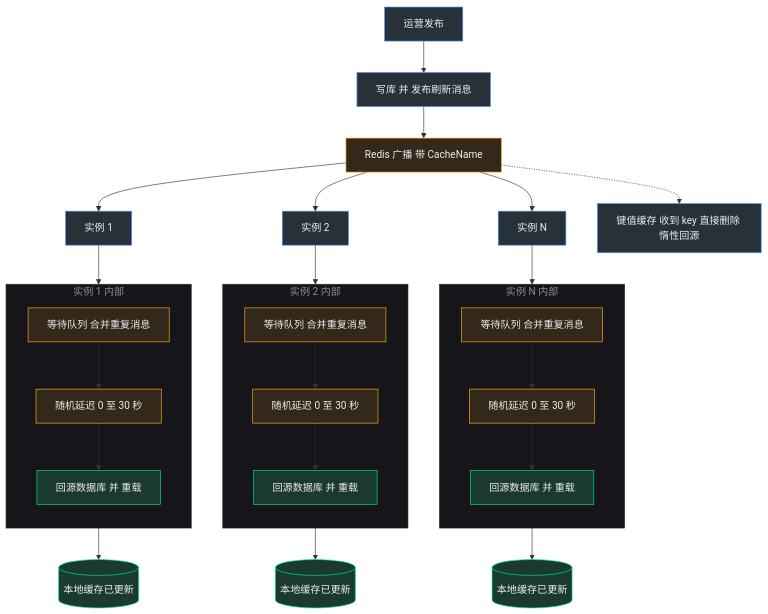
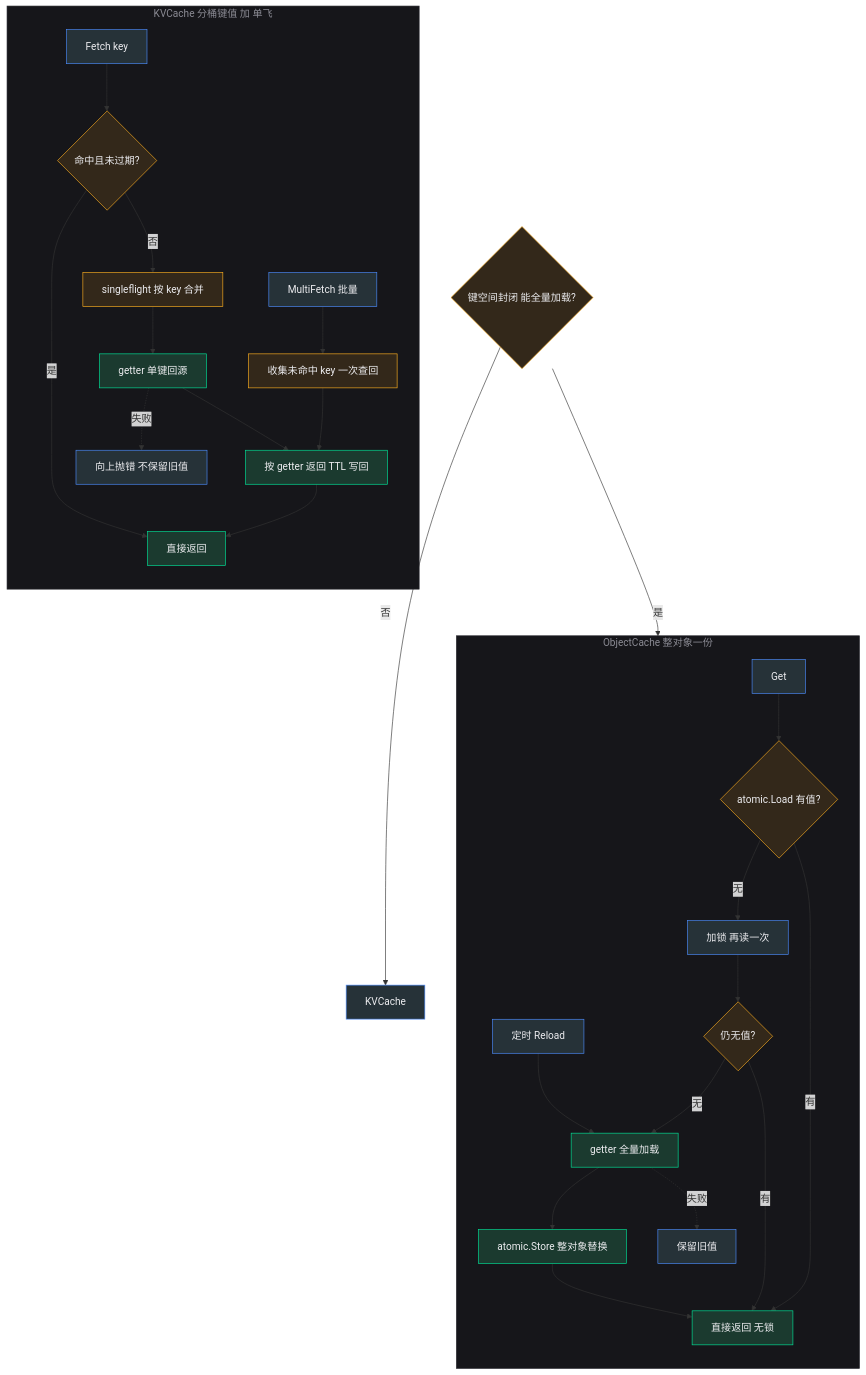
One commit to 1213637677/blake-website changed the diagram in diagrams/07-cache-refresh.mmd. Above: the diagram before and after it, drawn with Mermaid. The commit also changed 2 other files, not shown here.

```diff
--- a/diagrams/07-cache-refresh.mmd
+++ b/diagrams/07-cache-refresh.mmd
@@ -1,53 +1,50 @@
 flowchart TB
-    OPS[运营发布] --> WRITE[写库 并 发布刷新消息]
-    WRITE --> PUB[Redis 广播 带 CacheName]
-    PUB --> I1[实例 1]
-    PUB --> I2[实例 2]
-    PUB --> I3[实例 N]
-    subgraph S1[实例 1 内部]
+    subgraph OBJ[ObjectCache 整对象一份]
         direction TB
-        Q1[等待队列 合并重复消息]
-        Q1 --> D1[随机延迟 0 至 30 秒]
-        D1 --> R1[回源数据库 并 重载]
+        OG[Get] --> OL{atomic.Load 有值?}
+        OL -->|有| OR[直接返回 无锁]
+        OL -->|无| OK[加锁 再读一次]
+        OK --> OL2{仍无值?}
+        OL2 -->|有| OR
+        OL2 -->|无| OF[getter 全量加载]
+        OF --> OS[atomic.Store 整对象替换]
+        OS --> OR
+        OF -.->|失败| OLD[保留旧值]
+        OT[定时 Reload] --> OF
     end
-    subgraph S2[实例 2 内部]
+    subgraph KV[ KVCache 分桶键值 加 单飞]
         direction TB
-        Q2[等待队列 合并重复消息]
-        Q2 --> D2[随机延迟 0 至 30 秒]
-        D2 --> R2[回源数据库 并 重载]
+        KG[Fetch key] --> KH{命中且未过期?}
+        KH -->|是| KR[直接返回]
+        KH -->|否| KS[singleflight 按 key 合并]
+        KS --> KF[getter 单键回源]
+        KF --> KT[按 getter 返回 TTL 写回]
+        KT --> KR
+        KF -.->|失败| KE[向上抛错 不保留旧值]
+        KM[MultiFetch 批量] --> KB[收集未命中 key 一次查回]
+        KB --> KT
     end
-    subgraph S3[实例 N 内部]
-        direction TB
-        Q3[等待队列 合并重复消息]
-        Q3 --> D3[随机延迟 0 至 30 秒]
-        D3 --> R3[回源数据库 并 重载]
-    end
-    I1 --> Q1
-    I2 --> Q2
-    I3 --> Q3
-    R1 --> C1[(本地缓存已更新)]
-    R2 --> C2[(本地缓存已更新)]
-    R3 --> C3[(本地缓存已更新)]
-    PUB -.-> KV[键值缓存 收到 key 直接删除 惰性回源]
-    style OPS fill:#263238,stroke:#4c8dff,color:#ededf0
-    style WRITE fill:#263238,stroke:#4c8dff,color:#ededf0
-    style PUB fill:#33281a,stroke:#ffb020,color:#ededf0
-    style I1 fill:#263238,stroke:#4c8dff,color:#ededf0
-    style I2 fill:#263238,stroke:#4c8dff,color:#ededf0
-    style I3 fill:#263238,stroke:#4c8dff,color:#ededf0
-    style S1 fill:#16161a,stroke:#2a2a30,color:#8b8b94
-    style S2 fill:#16161a,stroke:#2a2a30,color:#8b8b94
-    style S3 fill:#16161a,stroke:#2a2a30,color:#8b8b94
+    Q1{键空间封闭 能全量加载?} -->|是| OBJ
+    Q1 -->|否| KVV[KVCache]
+    style OBJ fill:#16161a,stroke:#2a2a30,color:#8b8b94
+    style KV fill:#16161a,stroke:#2a2a30,color:#8b8b94
     style Q1 fill:#33281a,stroke:#ffb020,color:#ededf0
-    style Q2 fill:#33281a,stroke:#ffb020,color:#ededf0
-    style Q3 fill:#33281a,stroke:#ffb020,color:#ededf0
-    style D1 fill:#33281a,stroke:#ffb020,color:#ededf0
-    style D2 fill:#33281a,stroke:#ffb020,color:#ededf0
-    style D3 fill:#33281a,stroke:#ffb020,color:#ededf0
-    style R1 fill:#1b3a2f,stroke:#00e599,color:#ededf0
-    style R2 fill:#1b3a2f,stroke:#00e599,color:#ededf0
-    style R3 fill:#1b3a2f,stroke:#00e599,color:#ededf0
-    style C1 fill:#1b3a2f,stroke:#00e599,color:#ededf0
-    style C2 fill:#1b3a2f,stroke:#00e599,color:#ededf0
-    style C3 fill:#1b3a2f,stroke:#00e599,color:#ededf0
-    style KV fill:#263238,stroke:#4c8dff,color:#ededf0
+    style OG fill:#263238,stroke:#4c8dff,color:#ededf0
+    style OL fill:#33281a,stroke:#ffb020,color:#ededf0
+    style OL2 fill:#33281a,stroke:#ffb020,color:#ededf0
+    style OK fill:#263238,stroke:#4c8dff,color:#ededf0
+    style OF fill:#1b3a2f,stroke:#00e599,color:#ededf0
+    style OS fill:#1b3a2f,stroke:#00e599,color:#ededf0
+    style OR fill:#1b3a2f,stroke:#00e599,color:#ededf0
+    style OLD fill:#263238,stroke:#4c8dff,color:#ededf0
+    style OT fill:#263238,stroke:#4c8dff,color:#ededf0
+    style KG fill:#263238,stroke:#4c8dff,color:#ededf0
+    style KH fill:#33281a,stroke:#ffb020,color:#ededf0
+    style KR fill:#1b3a2f,stroke:#00e599,color:#ededf0
+    style KS fill:#33281a,stroke:#ffb020,color:#ededf0
+    style KF fill:#1b3a2f,stroke:#00e599,color:#ededf0
+    style KT fill:#1b3a2f,stroke:#00e599,color:#ededf0
+    style KE fill:#263238,stroke:#4c8dff,color:#ededf0
+    style KM fill:#263238,stroke:#4c8dff,color:#ededf0
+    style KB fill:#33281a,stroke:#ffb020,color:#ededf0
+    style KVV fill:#263238,stroke:#4c8dff,color:#ededf0
```
